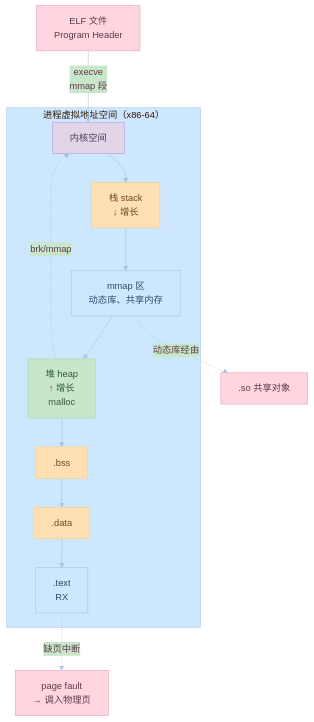
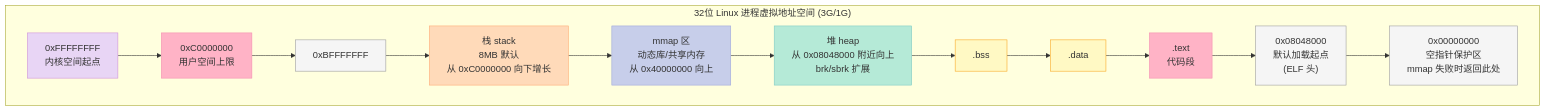
One commit to xuqi2024/xuqi2024.github.io changed the first of 15 diagrams in source/_posts/06-可执行文件的装载与进程.md. Above: the diagram before and after it, drawn with Mermaid. The commit also changed other lines of this file and 12 other files, not shown here.

````diff
--- a/source/_posts/06-可执行文件的装载与进程.md
+++ b/source/_posts/06-可执行文件的装载与进程.md
@@ -411,27 +184,30 @@
 ```mermaid
-%%{init: {'theme':'base', 'themeVariables': {'primaryColor':'#FFD6E0','primaryTextColor':'#5D3A4A','primaryBorderColor':'#E8A0BF','lineColor':'#A8C5E0','secondaryColor':'#C8E6C9','tertiaryColor':'#CDE7FF'}}}%%
-flowchart TB
-    subgraph VS["进程虚拟地址空间（x86-64）"]
-    K[内核空间] --> STK["栈 stack<br/>↓ 增长"]
-    STK --> MM["mmap 区<br/>动态库、共享内存"]
-    MM --> HP["堆 heap<br/>↑ 增长<br/>malloc"]
-    HP --> BSS[".bss"]
-    BSS --> DATA[".data"]
-    DATA --> TEXT[".text<br/>RX"]
+graph TB
+    subgraph "32位 Linux 进程虚拟地址空间 (3G/1G)"
+        A["0xFFFFFFFF<br/>内核空间起点"]
+        B["0xC0000000<br/>用户空间上限"]
+        C["0xBFFFFFFF"]
+        D["栈 stack<br/>8MB 默认<br/>从 0xC0000000 向下增长"]
+        E["mmap 区<br/>动态库/共享内存<br/>从 0x40000000 向上"]
+        F["堆 heap<br/>从 0x08048000 附近向上<br/>brk/sbrk 扩展"]
+        G[".bss"]
+        H[".data"]
+        I[".text<br/>代码段"]
+        J["0x08048000<br/>默认加载起点<br/>(ELF 头)"]
+        K["0x00000000<br/>空指针保护区<br/>mmap 失败时返回此处"]
     end
-    ELF["ELF 文件<br/>Program Header"] -->|execve<br/>mmap 段| K
-    MM -.动态库经由.-> LIB[".so 共享对象"]
-    TEXT -.缺页中断.-> PF["page fault<br/>→ 调入物理页"]
-    HP -.brk/mmap.-> K
 
-    classDef kernel fill:#E1D5E7,stroke:#B39DDB,color:#4A3A5D
-    classDef text fill:#CDE7FF,stroke:#A8C5E0,color:#2A4A6B
-    classDef data fill:#FFE0B2,stroke:#FFCC80,color:#6B4A1F
-    classDef heap fill:#C8E6C9,stroke:#A5D6A7,color:#2E5D3A
-    classDef lib fill:#FFD6E0,stroke:#E8A0BF,color:#5D3A4A
-    class K kernel
-    class TEXT,MM text
-    class BSS,DATA,STK data
-    class HP heap
-    class LIB,PF,ELF lib
+    A --> B --> C --> D --> E --> F --> G --> H --> I --> J --> K
+
+    style A fill:#E8D5F5,stroke:#CE93D8,color:#333
+    style B fill:#FFB3C6,stroke:#F48FB1,color:#333
+    style C fill:#F5F5F5,stroke:#9E9E9E,color:#333
+    style D fill:#FFDAB9,stroke:#FFAB76,color:#333
+    style E fill:#C7CEEA,stroke:#9FA8DA,color:#333
+    style F fill:#B5EAD7,stroke:#80CBC4,color:#333
+    style G fill:#FFF9C4,stroke:#F9A825,color:#333
+    style H fill:#FFF9C4,stroke:#F9A825,color:#333
+    style I fill:#FFB3C6,stroke:#F48FB1,color:#333
+    style J fill:#F5F5F5,stroke:#9E9E9E,color:#333
+    style K fill:#F5F5F5,stroke:#9E9E9E,color:#333
 ```
````
